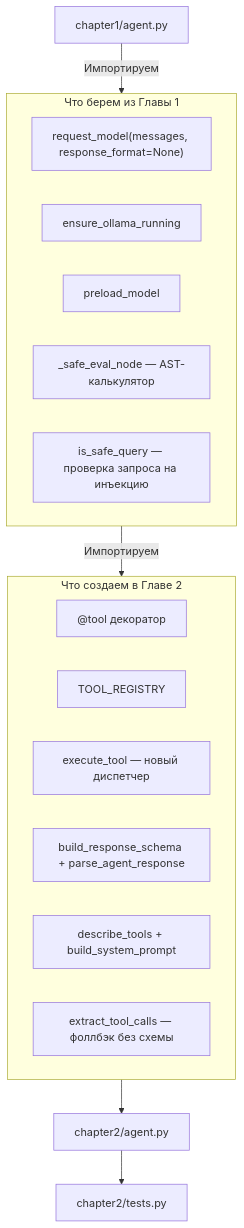
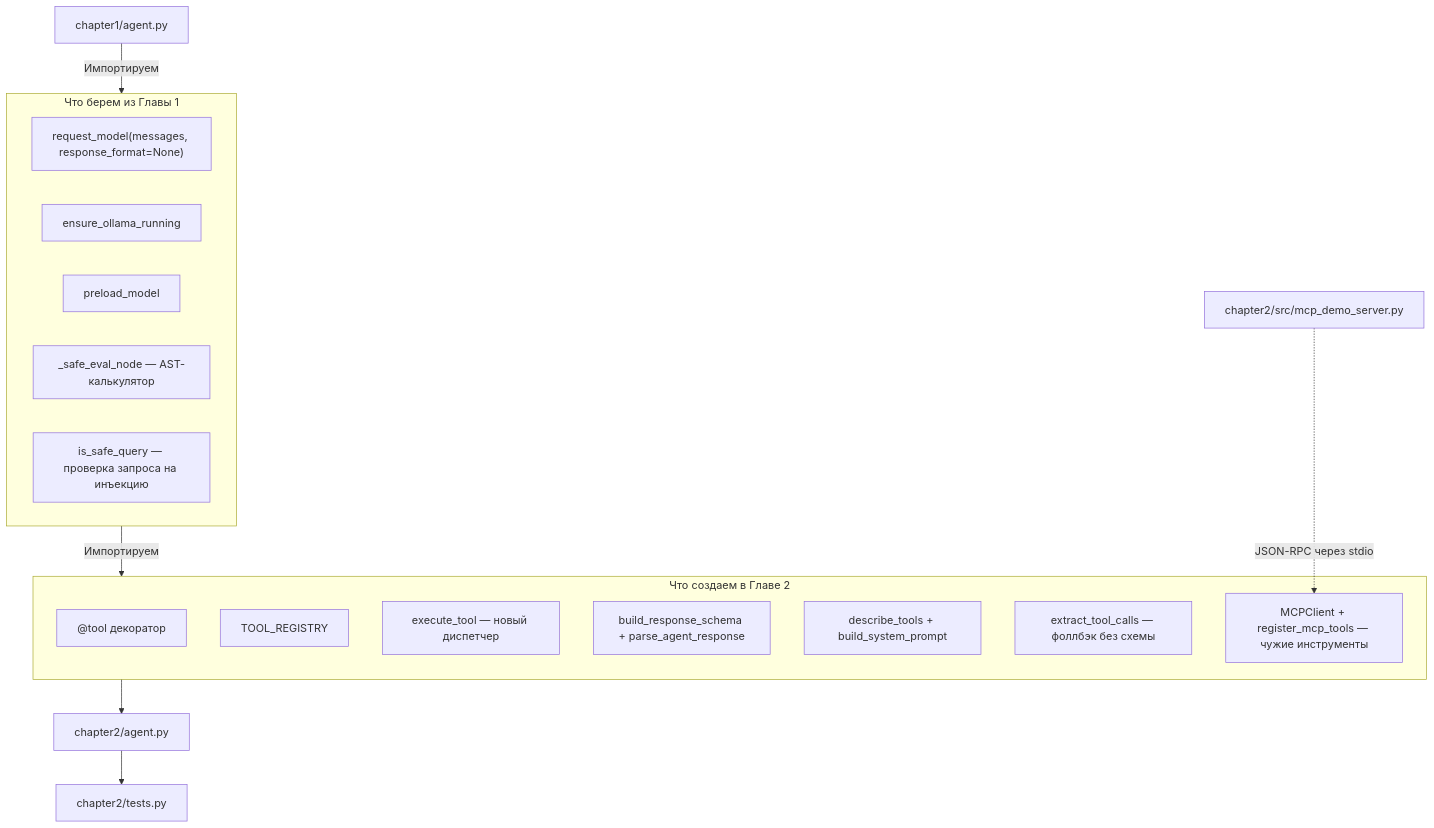
Before and after one commit to io982/firstAgent: the second of 2 diagrams in chapter2/README.md, drawn with Mermaid. The commit also changed other lines of this file and 6 other files, not shown here.

````diff
--- a/chapter2/README.md
+++ b/chapter2/README.md
@@ -246,26 +515,29 @@
 ```mermaid
 graph TD
     A["chapter1/agent.py"] -->|Импортируем| GL1
     
     subgraph GL1["Что берем из Главы 1"]
         A1["request_model(messages, response_format=None)"]
         A2["ensure_ollama_running"]
         A3["preload_model"]
         A4["_safe_eval_node — AST-калькулятор"]
         A5["is_safe_query — проверка запроса на инъекцию"]
     end
     
     GL1 -->|Импортируем| GL2
     
     subgraph GL2["Что создаем в Главе 2"]
         B1["@tool декоратор"]
         B2["TOOL_REGISTRY"]
         B3["execute_tool — новый диспетчер"]
         B4["build_response_schema + parse_agent_response"]
         B5["describe_tools + build_system_prompt"]
         B6["extract_tool_calls — фоллбэк без схемы"]
+        B7["MCPClient + register_mcp_tools — чужие инструменты"]
     end
     
     GL2 --> B["chapter2/agent.py"]
     B --> C["chapter2/tests.py"]
+
+    M["chapter2/src/mcp_demo_server.py"] -.->|"JSON-RPC через stdio"| B7
 ```
````
